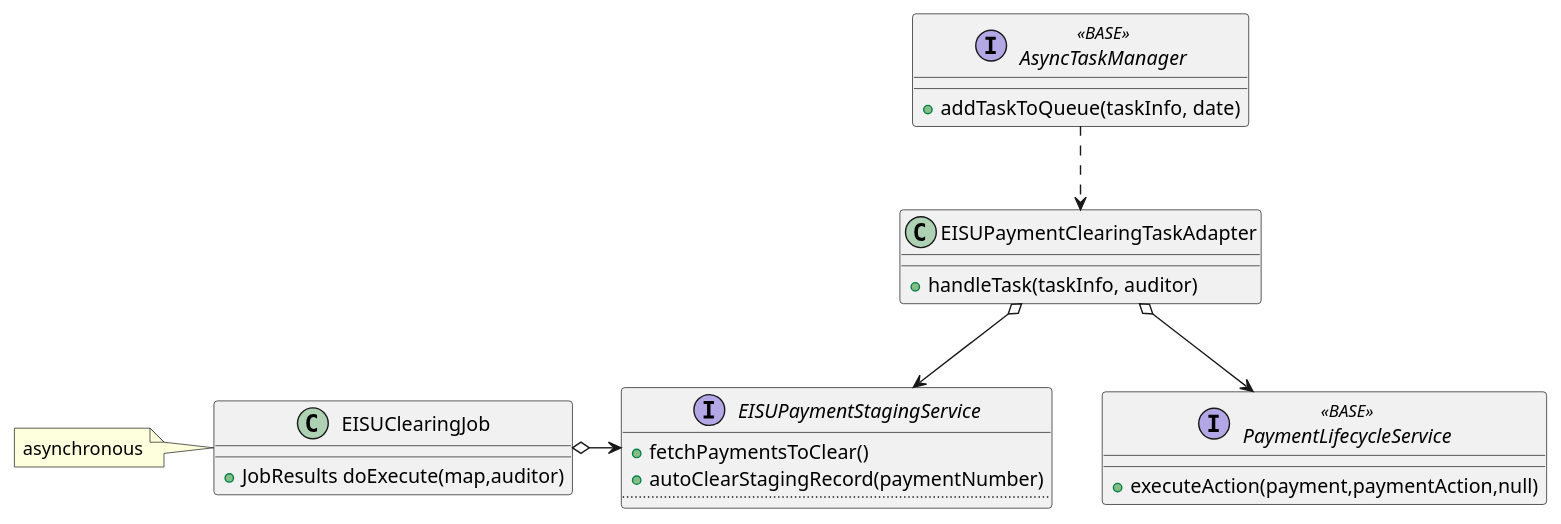
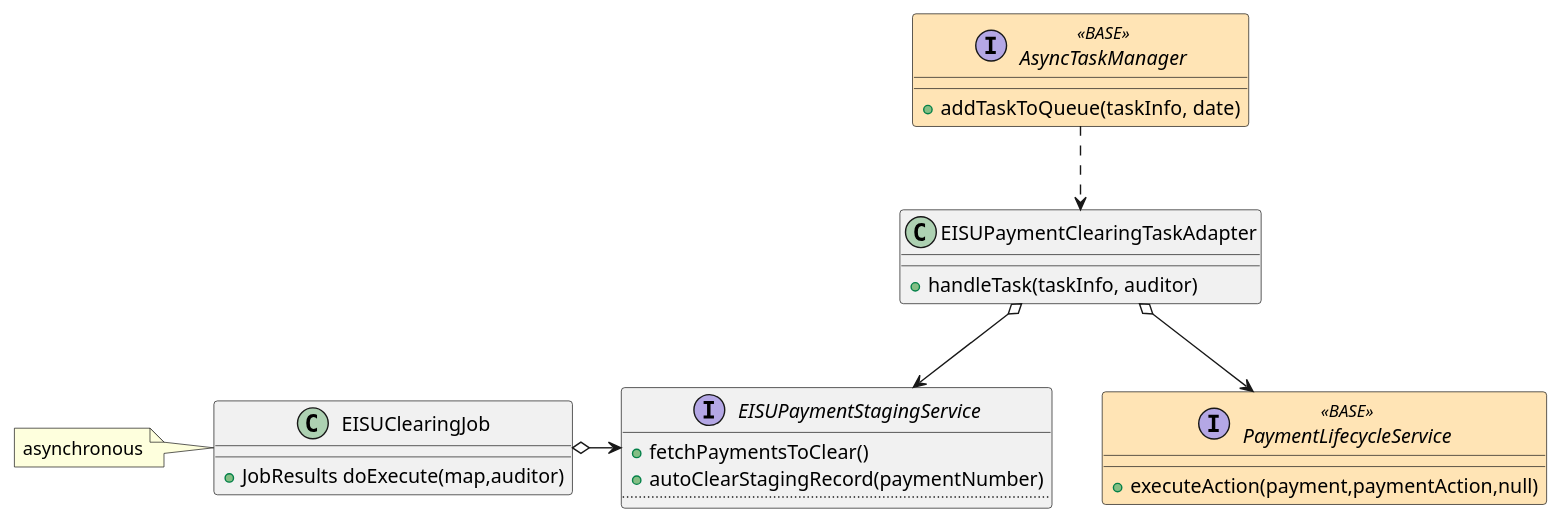
Before and after one commit to evgueni-spb/bootcamp: the diagram in payment-clearing-class.puml, drawn with PlantUML. The commit also changed 6 other files, not shown here.

Commit message:
updated diagrams

```diff
--- a/payment-clearing-class.puml
+++ b/payment-clearing-class.puml
@@ -1,33 +1,33 @@
 @startuml
 
 class EISUClearingJob {
 +JobResults doExecute(map,auditor)
 }
 note "asynchronous" as S
 S . EISUClearingJob
 
 interface EISUPaymentStagingService {
 +fetchPaymentsToClear()
 +autoClearStagingRecord(paymentNumber)
 ....
 }
 
 EISUClearingJob o-> EISUPaymentStagingService
 
-interface AsyncTaskManager <<BASE>> {
+interface AsyncTaskManager <<BASE>> #moccasin{
 +addTaskToQueue(taskInfo, date)
 }
 
 class EISUPaymentClearingTaskAdapter {
 +handleTask(taskInfo, auditor)
 }
 
 AsyncTaskManager ..> EISUPaymentClearingTaskAdapter
 
-interface PaymentLifecycleService <<BASE>> {
+interface PaymentLifecycleService <<BASE>> #moccasin {
 +executeAction(payment,paymentAction,null)
 }
 
 EISUPaymentClearingTaskAdapter o--> PaymentLifecycleService
 EISUPaymentClearingTaskAdapter o--> EISUPaymentStagingService
 @enduml
```
